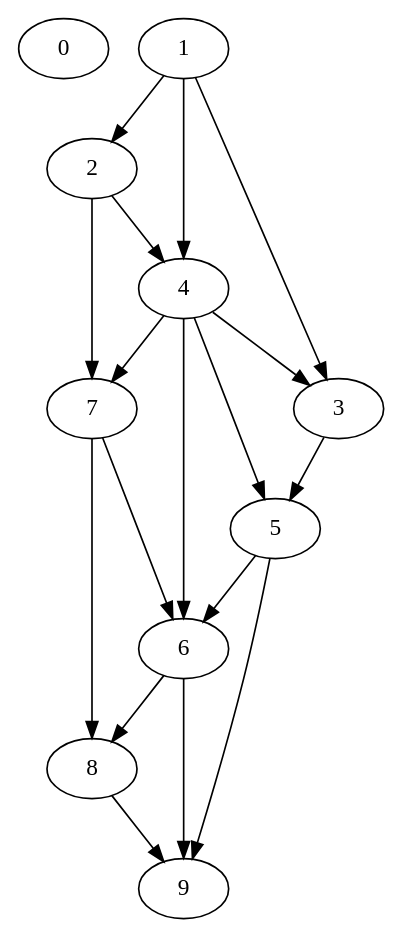
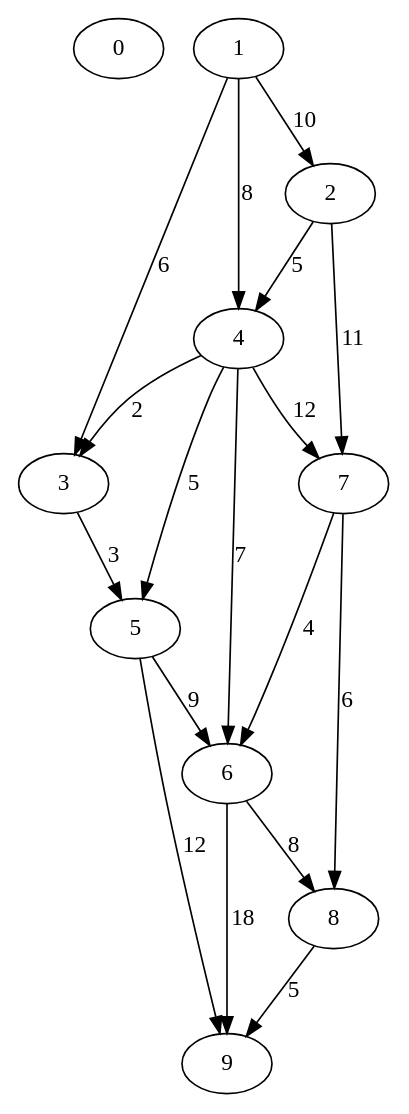
The diagram in graph.dot (Lukashevskiy/dijkstra_algo_practise), drawn with Graphviz before and after one commit. The commit also changed 2 other files, not shown here.

```diff
--- a/graph.dot
+++ b/graph.dot
@@ -1,29 +1,30 @@
 digraph G {
 0;
 1;
 2;
 3;
 4;
 5;
 6;
 7;
 8;
 9;
-1->2  [weight=10];
-1->3  [weight=6];
-1->4  [weight=8];
-2->7  [weight=11];
-2->4  [weight=5];
-3->5  [weight=3];
-4->3  [weight=2];
-4->5  [weight=5];
-4->6  [weight=7];
-4->7  [weight=12];
-5->6  [weight=9];
-5->9  [weight=12];
-6->8  [weight=8];
-6->9  [weight=18];
-7->6  [weight=4];
-7->8  [weight=6];
-8->9  [weight=5];
+1->2 [weight=10] [label=10];
+1->3 [weight=6 ] [label=6 ];
+1->4 [weight=8 ] [label=8];
+2->7 [weight=11] [label=11];
+2->4 [weight=5 ] [label=5];
+3->5 [weight=3 ] [label=3];
+4->3 [weight=2 ] [label=2];
+4->5 [weight=5 ] [label=5];
+4->6 [weight=7 ] [label=7];
+4->7 [weight=12] [label=12];
+5->6 [weight=9 ] [label=9];
+5->9 [weight=12] [label=12];
+6->8 [weight=8 ] [label=8];
+6->9 [weight=18] [label=18];
+7->6 [weight=4 ] [label=4];
+7->8 [weight=6 ] [label=6];
+8->9 [weight=5 ] [label=5];
+
 }
```
